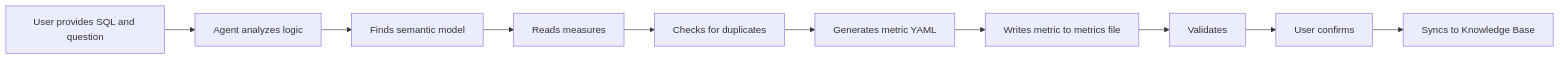
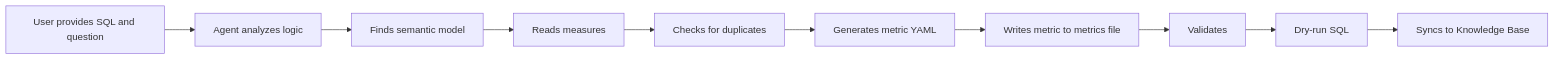
The third of 8 diagrams in docs/subagent/builtin_subagents.md (Datus-ai/Datus-agent), drawn with Mermaid before and after one commit. The commit also changed other lines of this file and 11 other files, not shown here.

````diff
--- a/docs/subagent/builtin_subagents.md
+++ b/docs/subagent/builtin_subagents.md
@@ -370,12 +332,12 @@
 ```mermaid
 graph LR
     A[User provides SQL and question] --> B[Agent analyzes logic]
     B --> C[Finds semantic model]
     C --> D[Reads measures]
     D --> E[Checks for duplicates]
     E --> F[Generates metric YAML]
     F --> G[Writes metric to metrics file]
     G --> H[Validates]
-    H --> I[User confirms]
+    H --> I[Dry-run SQL]
     I --> J[Syncs to Knowledge Base]
 ```
````
